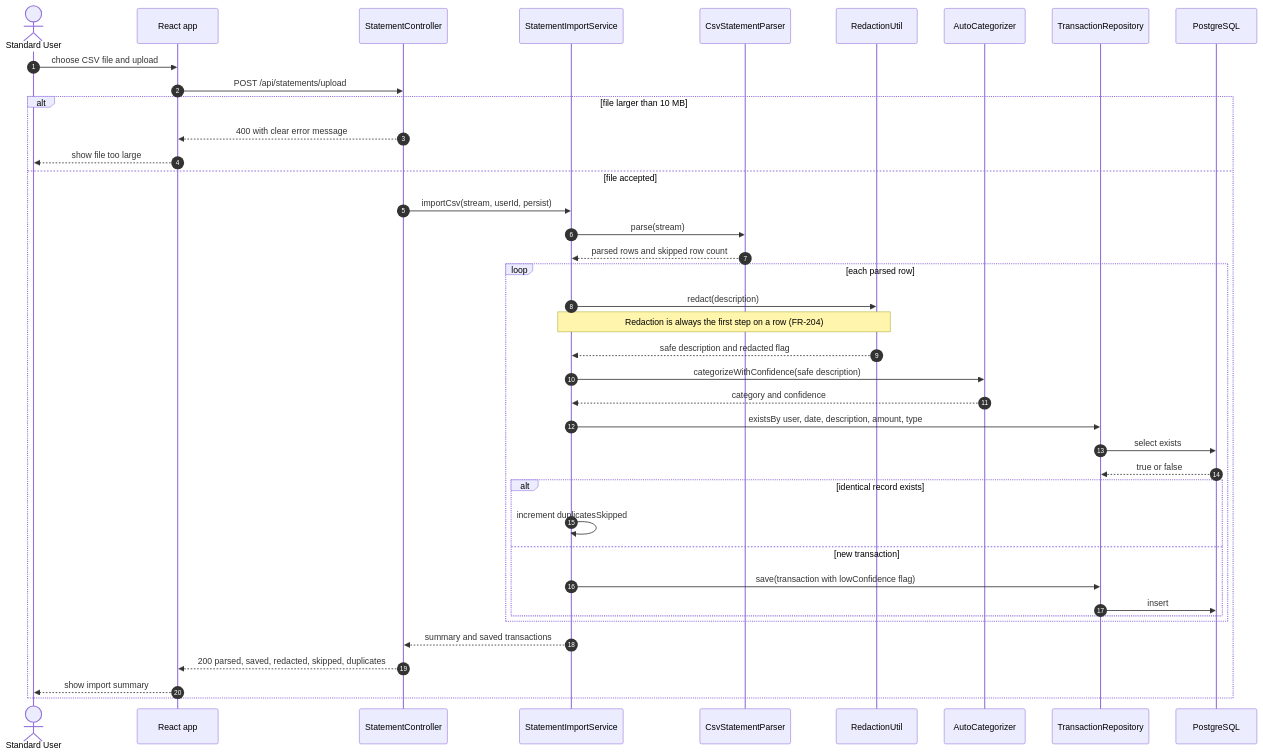
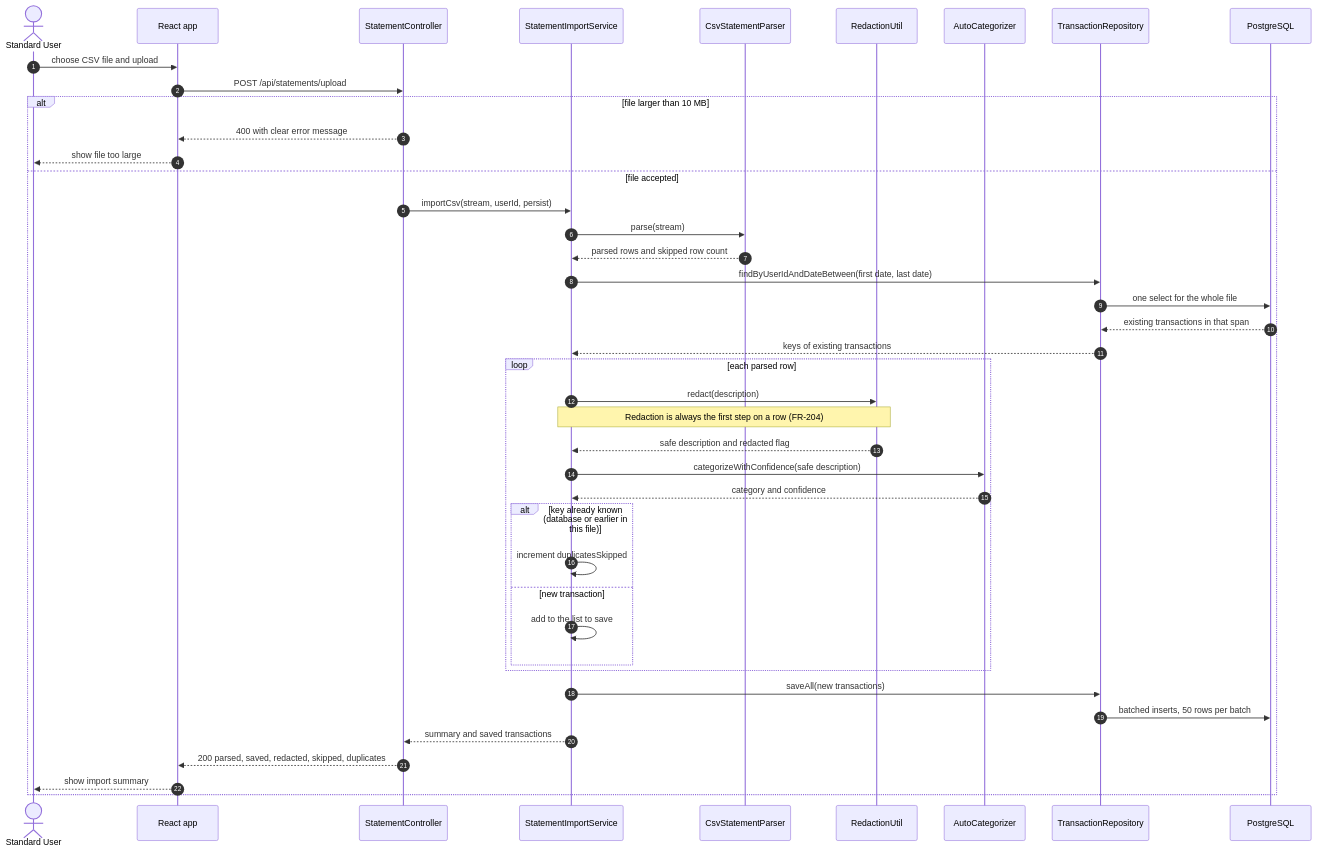
One commit to rayamajhianirudra-droid/KnowYourFinance changed the fourth of 10 diagrams in docs/design/milestone-3-design.md. Above: the diagram before and after it, drawn with Mermaid. The commit also changed other lines of this file and 2 other files, not shown here.

Commit message:
Update container and import sequence diagrams to match what was built

````diff
--- a/docs/design/milestone-3-design.md
+++ b/docs/design/milestone-3-design.md
@@ -225,44 +227,46 @@
 ```mermaid
 %% file: 04-sequence-import.mmd
 sequenceDiagram
     autonumber
     actor U as Standard User
     participant UI as React app
     participant SC as StatementController
     participant IS as StatementImportService
     participant P as CsvStatementParser
     participant R as RedactionUtil
     participant AC as AutoCategorizer
     participant Repo as TransactionRepository
     participant DB as PostgreSQL
 
     U->>UI: choose CSV file and upload
     UI->>SC: POST /api/statements/upload
     alt file larger than 10 MB
         SC-->>UI: 400 with clear error message
         UI-->>U: show file too large
     else file accepted
         SC->>IS: importCsv(stream, userId, persist)
         IS->>P: parse(stream)
         P-->>IS: parsed rows and skipped row count
+        IS->>Repo: findByUserIdAndDateBetween(first date, last date)
+        Repo->>DB: one select for the whole file
+        DB-->>Repo: existing transactions in that span
+        Repo-->>IS: keys of existing transactions
         loop each parsed row
             IS->>R: redact(description)
             Note over IS,R: Redaction is always the first step on a row (FR-204)
             R-->>IS: safe description and redacted flag
             IS->>AC: categorizeWithConfidence(safe description)
             AC-->>IS: category and confidence
-            IS->>Repo: existsBy user, date, description, amount, type
-            Repo->>DB: select exists
-            DB-->>Repo: true or false
-            alt identical record exists
+            alt key already known (database or earlier in this file)
                 IS->>IS: increment duplicatesSkipped
             else new transaction
-                IS->>Repo: save(transaction with lowConfidence flag)
-                Repo->>DB: insert
+                IS->>IS: add to the list to save
             end
         end
+        IS->>Repo: saveAll(new transactions)
+        Repo->>DB: batched inserts, 50 rows per batch
         IS-->>SC: summary and saved transactions
         SC-->>UI: 200 parsed, saved, redacted, skipped, duplicates
         UI-->>U: show import summary
     end
 ```
````
